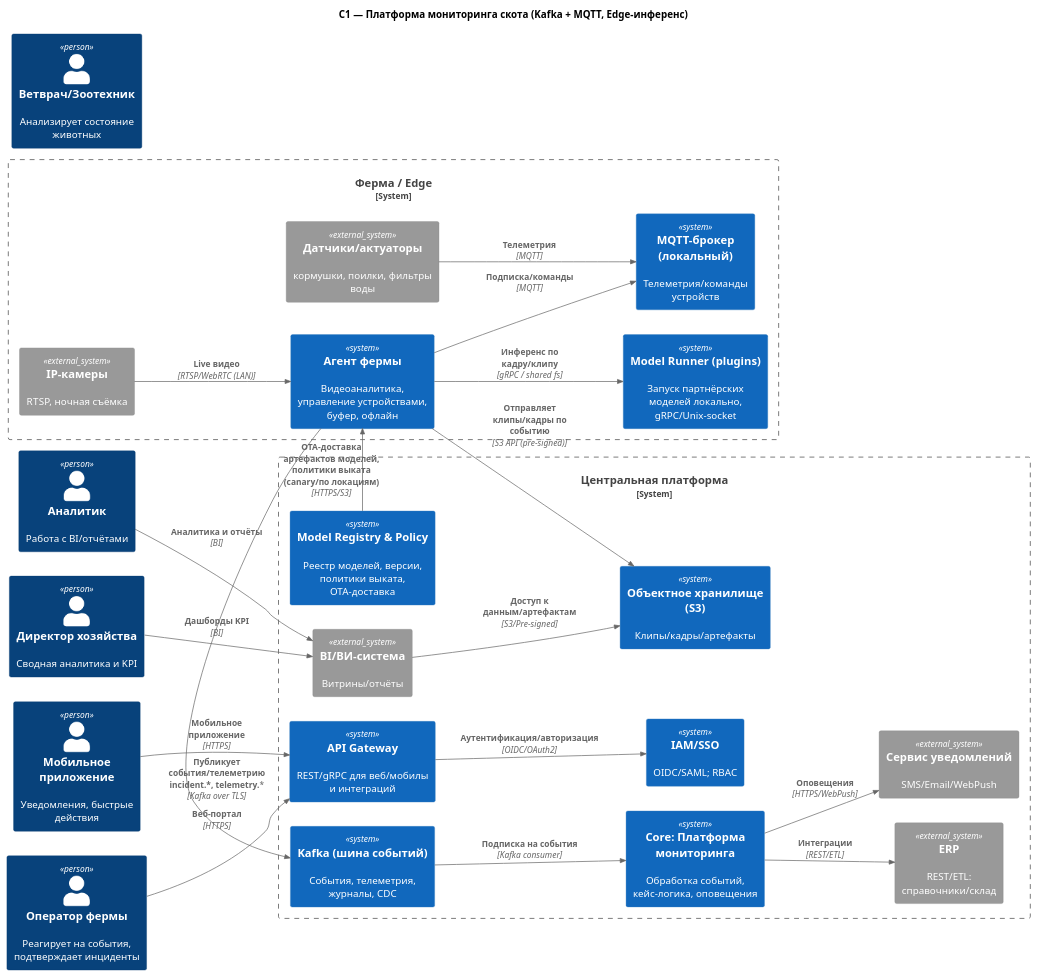
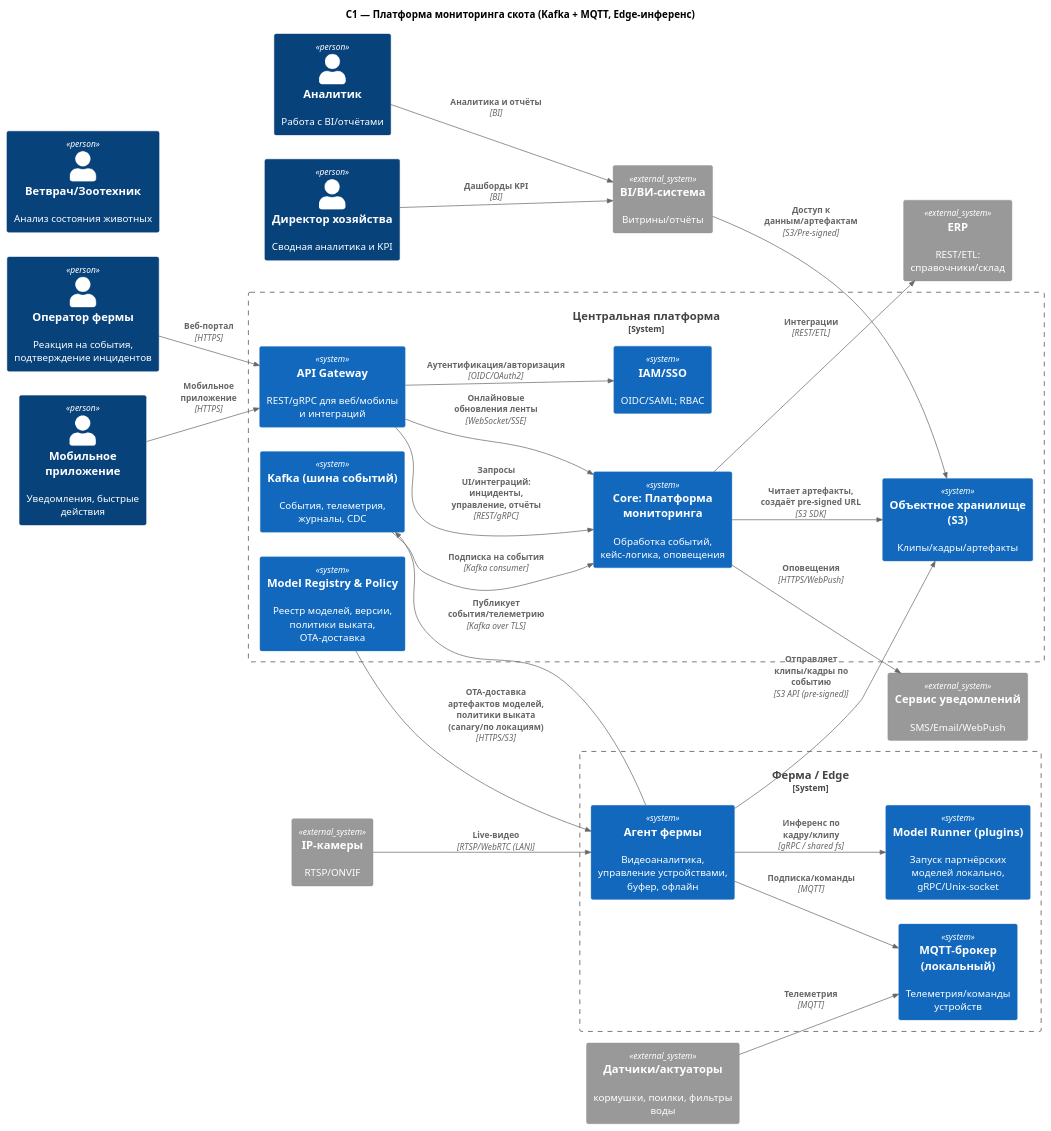
The diagram in Task1/context_v1.puml (G-NighT/MSA-AgroTech), drawn with PlantUML before and after one commit. The commit also changed 1 other file, not shown here.

Commit message:
UPDATE / C1 charts

```diff
--- a/Task1/context_v1.puml
+++ b/Task1/context_v1.puml
@@ -1,56 +1,68 @@
-@startuml C1-main
+@startuml context_v1
 ' C4-PlantUML (Context)
 !includeurl https://raw.githubusercontent.com/plantuml-stdlib/C4-PlantUML/master/C4_Context.puml
 LAYOUT_LEFT_RIGHT()
 
 title C1 — Платформа мониторинга скота (Kafka + MQTT, Edge-инференс)
 
-' === Акторы ===
-Person(op, "Оператор фермы", "Реагирует на события, подтверждает инциденты")
-Person(vet, "Ветврач/Зоотехник", "Анализирует состояние животных")
+' Акторы
+Person(op, "Оператор фермы", "Реакция на события, подтверждение инцидентов")
+Person(vet, "Ветврач/Зоотехник", "Анализ состояния животных")
 Person(dir, "Директор хозяйства", "Сводная аналитика и KPI")
 Person(analyst, "Аналитик", "Работа с BI/отчётами")
 Person(mobile, "Мобильное приложение", "Уведомления, быстрые действия")
 
-' === Ферма / Edge ===
+' Внешние системы
+System_Ext(cam, "IP-камеры", "RTSP/ONVIF")
+System_Ext(sensors, "Датчики/актуаторы", "кормушки, поилки, фильтры воды")
+System_Ext(bi, "BI/ВИ-система", "Витрины/отчёты")
+System_Ext(erp, "ERP", "REST/ETL: справочники/склад")
+System_Ext(notif, "Сервис уведомлений", "SMS/Email/WebPush")
+
+' Ферма / Edge
 System_Boundary(edge, "Ферма / Edge") {
-  System_Ext(cam, "IP-камеры", "RTSP, ночная съёмка")
-  System_Ext(sensors, "Датчики/актуаторы", "кормушки, поилки, фильтры воды")
   System(edgeAgent, "Агент фермы", "Видеоаналитика, управление устройствами, буфер, офлайн")
   System(edgeRunner, "Model Runner (plugins)", "Запуск партнёрских моделей локально, gRPC/Unix-socket")
   System(mqttLocal, "MQTT-брокер (локальный)", "Телеметрия/команды устройств")
-
-  Rel(cam, edgeAgent, "Live видео", "RTSP/WebRTC (LAN)")
-  Rel(sensors, mqttLocal, "Телеметрия", "MQTT")
-  Rel(edgeAgent, mqttLocal, "Подписка/команды", "MQTT")
-  Rel(edgeAgent, edgeRunner, "Инференс по кадру/клипу", "gRPC / shared fs")
 }
 
-' === Центр ===
+' Связи внешних устройств с Edge
+Rel(cam, edgeAgent, "Live-видео", "RTSP/WebRTC (LAN)")
+Rel(sensors, mqttLocal, "Телеметрия", "MQTT")
+Rel(edgeAgent, mqttLocal, "Подписка/команды", "MQTT")
+Rel(edgeAgent, edgeRunner, "Инференс по кадру/клипу", "gRPC / shared fs")
+
+' Центральная платформа
 System_Boundary(central, "Центральная платформа") {
   System(core, "Core: Платформа мониторинга", "Обработка событий, кейс-логика, оповещения")
   System(kafka, "Kafka (шина событий)", "События, телеметрия, журналы, CDC")
   System(object, "Объектное хранилище (S3)", "Клипы/кадры/артефакты")
   System(auth, "IAM/SSO", "OIDC/SAML; RBAC")
   System(api, "API Gateway", "REST/gRPC для веб/мобилы и интеграций")
   System(reg, "Model Registry & Policy", "Реестр моделей, версии, политики выката, OTA-доставка")
-  System_Ext(erp, "ERP", "REST/ETL: справочники/склад")
-  System_Ext(bi, "BI/ВИ-система", "Витрины/отчёты")
-  System_Ext(notif, "Сервис уведомлений", "SMS/Email/WebPush")
 }
 
-' === Связи edge ↔ центр ===
-Rel(edgeAgent, kafka, "Публикует события/телеметрию\nincident.*, telemetry.*", "Kafka over TLS")
+' Связи Edge с Центром
+Rel(edgeAgent, kafka, "Публикует события/телеметрию", "Kafka over TLS")
 Rel(kafka, core, "Подписка на события", "Kafka consumer")
 Rel(edgeAgent, object, "Отправляет клипы/кадры по событию", "S3 API (pre-signed)")
-Rel(core, notif, "Оповещения", "HTTPS/WebPush")
+
+' API Gateway связи
 Rel(op, api, "Веб-портал", "HTTPS")
 Rel(mobile, api, "Мобильное приложение", "HTTPS")
 Rel(api, auth, "Аутентификация/авторизация", "OIDC/OAuth2")
+Rel(api, core, "Запросы UI/интеграций: инциденты, управление, отчёты", "REST/gRPC")
+Rel(api, core, "Онлайновые обновления ленты", "WebSocket/SSE")
+
+' Core с внешними системами/хранилищем
+Rel(core, object, "Читает артефакты, создаёт pre-signed URL", "S3 SDK")
+Rel(core, notif, "Оповещения", "HTTPS/WebPush")
 Rel(core, erp, "Интеграции", "REST/ETL")
+Rel(analyst, bi, "Аналитика и отчёты", "BI")
 Rel(bi, object, "Доступ к данным/артефактам", "S3/Pre-signed")
-Rel(analyst, bi, "Аналитика и отчёты", "BI")
 Rel(dir, bi, "Дашборды KPI", "BI")
+
+' Доставка моделей
 Rel(reg, edgeAgent, "OTA-доставка артефактов моделей,\nполитики выката (canary/по локациям)", "HTTPS/S3")
 
 @enduml
```
